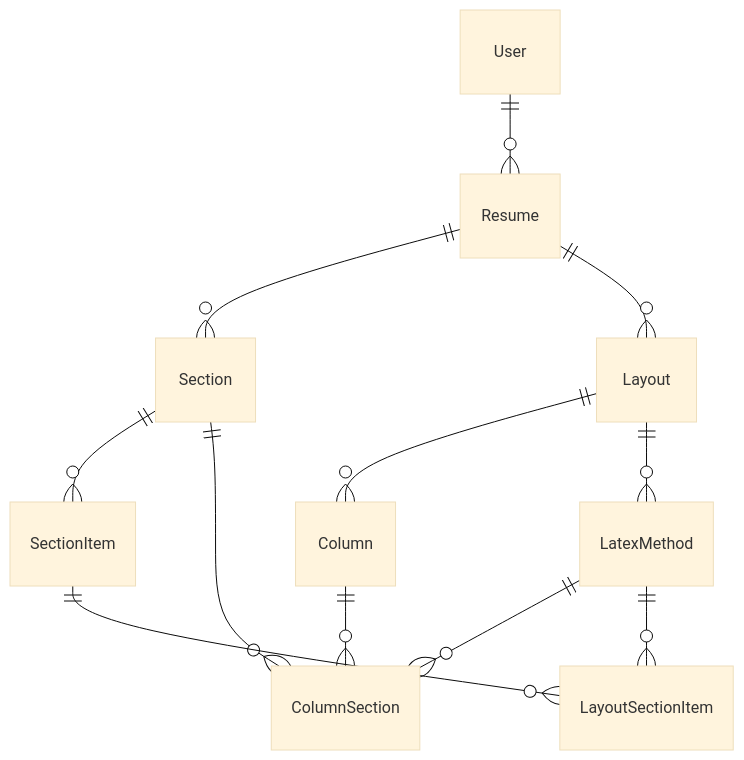
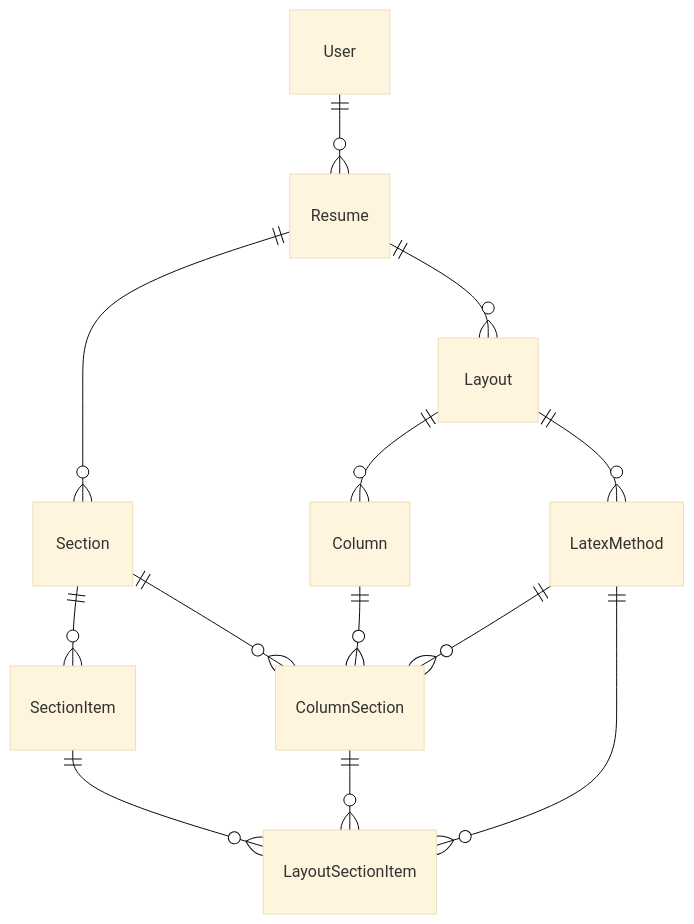
The first of 2 diagrams in doc/model.md (Guillaumecoi/Resume-builder), drawn with Mermaid (base theme) before and after one commit. The commit also changed other lines of this file and 17 other files, not shown here.

Commit message:
Add hidden and defaultOrder fields to column section and layout section item requests; introduce LayoutSectionItem entity and response DTOs

````diff
--- a/doc/model.md
+++ b/doc/model.md
@@ -3,14 +6,15 @@
 ```mermaid
 erDiagram
     User ||--o{ Resume : ""
     Resume ||--o{ Section : ""
     Section ||--o{ SectionItem : ""
     Resume ||--o{ Layout : ""
     Layout ||--o{ Column : ""
     Layout ||--o{ LatexMethod : ""
     Column ||--o{ ColumnSection : ""
     Section ||--o{ ColumnSection : ""
     LatexMethod ||--o{ ColumnSection : ""
     SectionItem ||--o{ LayoutSectionItem : ""
     LatexMethod ||--o{ LayoutSectionItem : ""
+    ColumnSection ||--o{ LayoutSectionItem : ""
 ```
````
